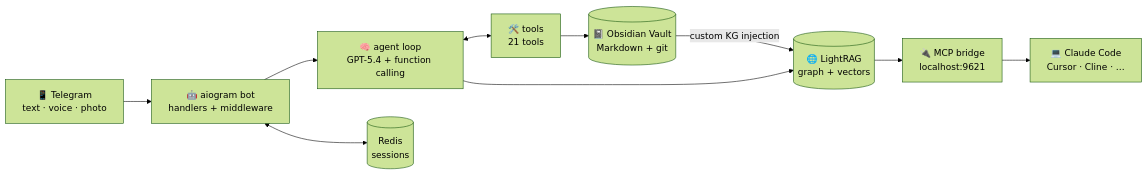
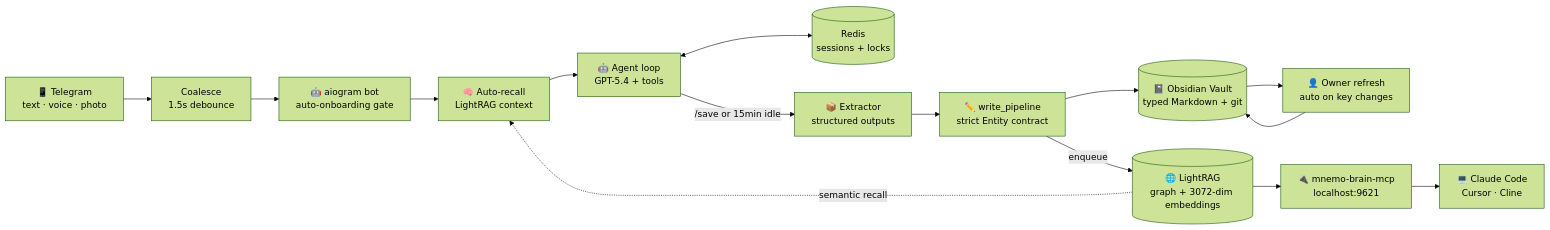
Before and after one commit to komrxn/Mnemo: the first of 2 diagrams in README.md, drawn with Mermaid (forest theme). The commit also changed other lines of this file and 35 other files, not shown here.

````diff
--- a/README.md
+++ b/README.md
@@ -112,20 +142,29 @@
 ```mermaid
 flowchart LR
     TG[📱 Telegram<br/>text · voice · photo]
-    BOT[🤖 aiogram bot<br/>handlers + middleware]
-    AGENT[🧠 agent loop<br/>GPT-5.4 + function calling]
-    TOOLS[🛠️ tools<br/>21 tools]
-    SESS[(Redis<br/>sessions)]
-    VAULT[(📓 Obsidian Vault<br/>Markdown + git)]
-    LRAG[(🌐 LightRAG<br/>graph + vectors)]
-    MCP[🔌 MCP bridge<br/>localhost:9621]
-    AI[💻 Claude Code<br/>Cursor · Cline · …]
+    COAL[Coalesce<br/>1.5s debounce]
+    BOT[🤖 aiogram bot<br/>auto-onboarding gate]
+    RECALL[🧠 Auto-recall<br/>LightRAG context]
+    AGENT[🤖 Agent loop<br/>GPT-5.4 + tools]
+    SESS[(Redis<br/>sessions + locks)]
+    EXTRACT[📦 Extractor<br/>structured outputs]
+    PIPE[✏️ write_pipeline<br/>strict Entity contract]
+    VAULT[(📓 Obsidian Vault<br/>typed Markdown + git)]
+    LRAG[(🌐 LightRAG<br/>graph + 3072-dim embeddings)]
+    OWNER[👤 Owner refresh<br/>auto on key changes]
+    MCP[🔌 mnemo-brain-mcp<br/>localhost:9621]
+    AI[💻 Claude Code<br/>Cursor · Cline]
 
-    TG --> BOT --> AGENT
-    AGENT <--> TOOLS
-    BOT <--> SESS
-    TOOLS --> VAULT
-    VAULT -- custom KG injection --> LRAG
-    AGENT --> LRAG
+    TG --> COAL --> BOT
+    BOT --> RECALL
+    RECALL --> AGENT
+    AGENT <--> SESS
+    AGENT -->|/save or 15min idle| EXTRACT
+    EXTRACT --> PIPE
+    PIPE --> VAULT
+    PIPE -->|enqueue| LRAG
+    VAULT --> OWNER
+    OWNER --> VAULT
     LRAG --> MCP --> AI
+    LRAG -.semantic recall.-> RECALL
 ```
````
